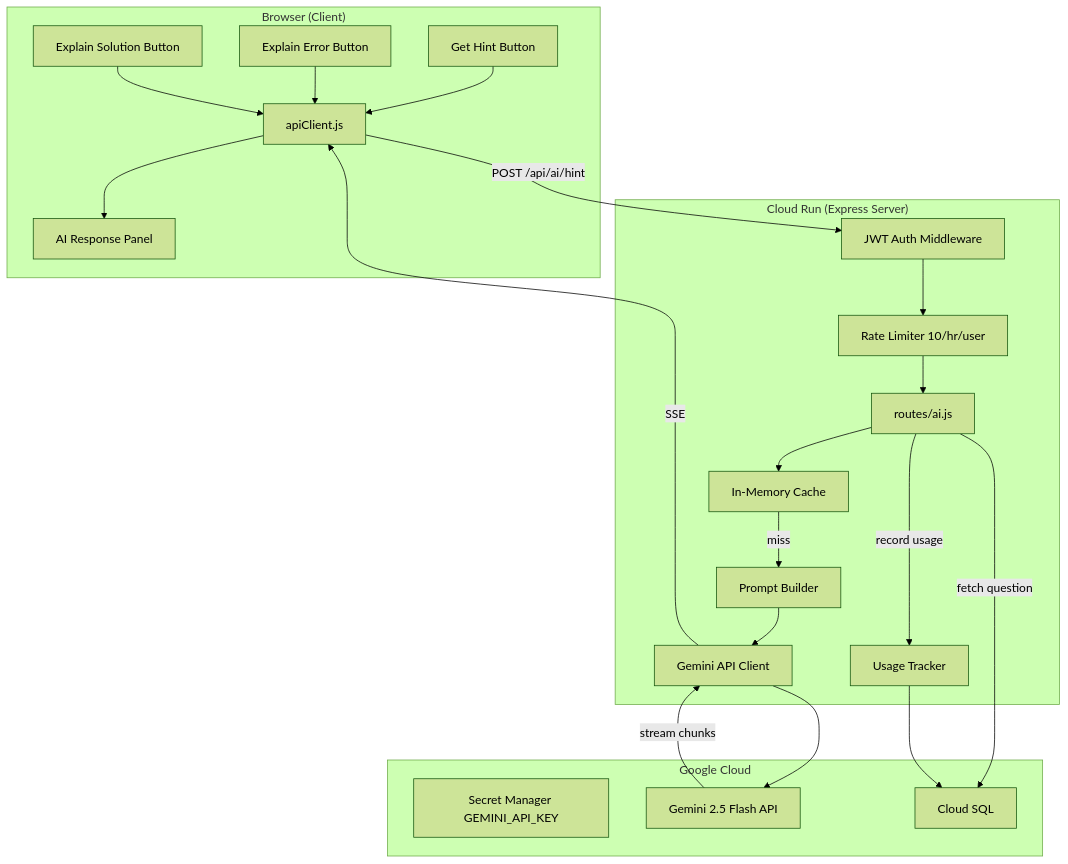
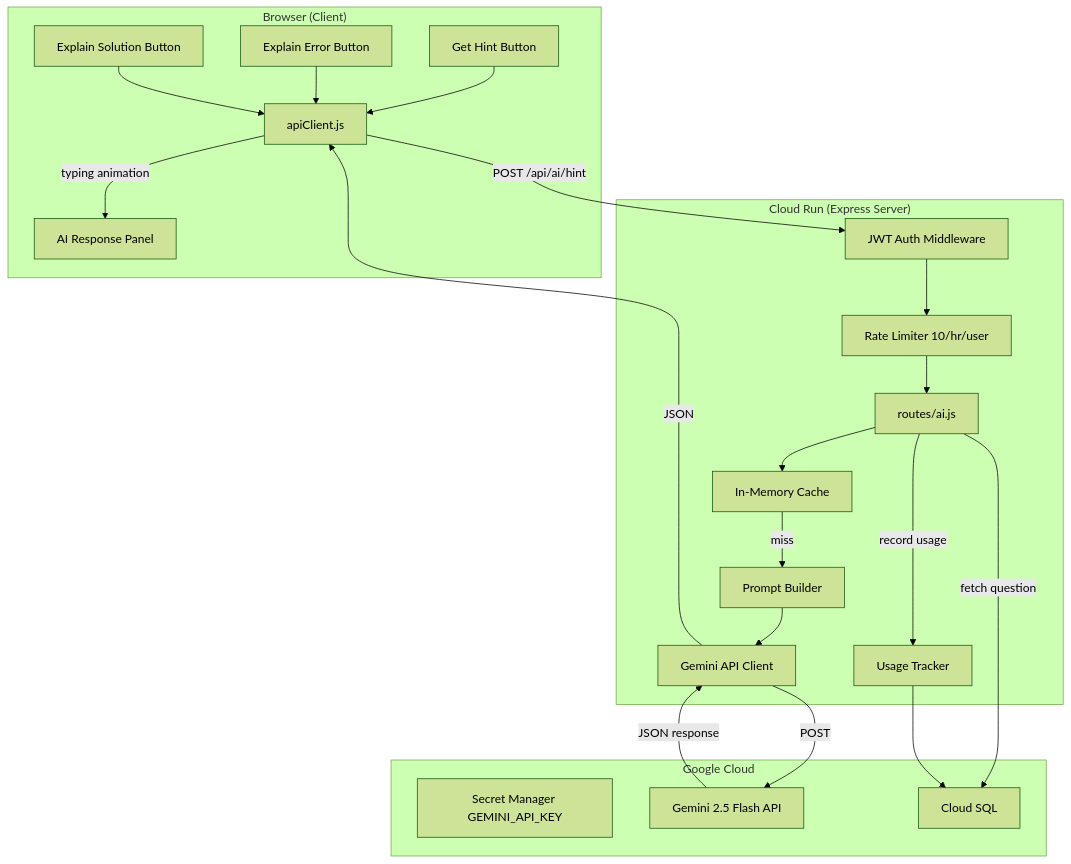
One commit to prateekpanjla-outlook/duckdb-wasm-ide changed the first of 2 diagrams in docs/gemini-integration.md. Above: the diagram before and after it, drawn with Mermaid (forest theme). The commit also changed other lines of this file and 3 other files, not shown here.

````diff
--- a/docs/gemini-integration.md
+++ b/docs/gemini-integration.md
@@ -62,43 +62,43 @@
 ```mermaid
 graph TB
     subgraph Browser["Browser (Client)"]
         HintBtn["Get Hint Button"]
         ErrorBtn["Explain Error Button"]
         SolBtn["Explain Solution Button"]
         AIPanel["AI Response Panel"]
         APIClient["apiClient.js"]
     end
 
     subgraph CloudRun["Cloud Run (Express Server)"]
         AuthMW["JWT Auth Middleware"]
         RateMW["Rate Limiter 10/hr/user"]
         AIRoute["routes/ai.js"]
         PromptBuilder["Prompt Builder"]
         Cache["In-Memory Cache"]
         GeminiClient["Gemini API Client"]
         UsageTracker["Usage Tracker"]
     end
 
     subgraph GCP["Google Cloud"]
         SecretMgr["Secret Manager GEMINI_API_KEY"]
         Gemini["Gemini 2.5 Flash API"]
         CloudSQL["Cloud SQL"]
     end
 
     HintBtn --> APIClient
     ErrorBtn --> APIClient
     SolBtn --> APIClient
     APIClient -->|POST /api/ai/hint| AuthMW
     AuthMW --> RateMW
     RateMW --> AIRoute
     AIRoute -->|fetch question| CloudSQL
     AIRoute --> Cache
     Cache -->|miss| PromptBuilder
     PromptBuilder --> GeminiClient
-    GeminiClient --> Gemini
-    Gemini -->|stream chunks| GeminiClient
-    GeminiClient -->|SSE| APIClient
-    APIClient --> AIPanel
+    GeminiClient -->|POST| Gemini
+    Gemini -->|JSON response| GeminiClient
+    GeminiClient -->|JSON| APIClient
+    APIClient -->|typing animation| AIPanel
     AIRoute -->|record usage| UsageTracker
     UsageTracker --> CloudSQL
 ```
````
